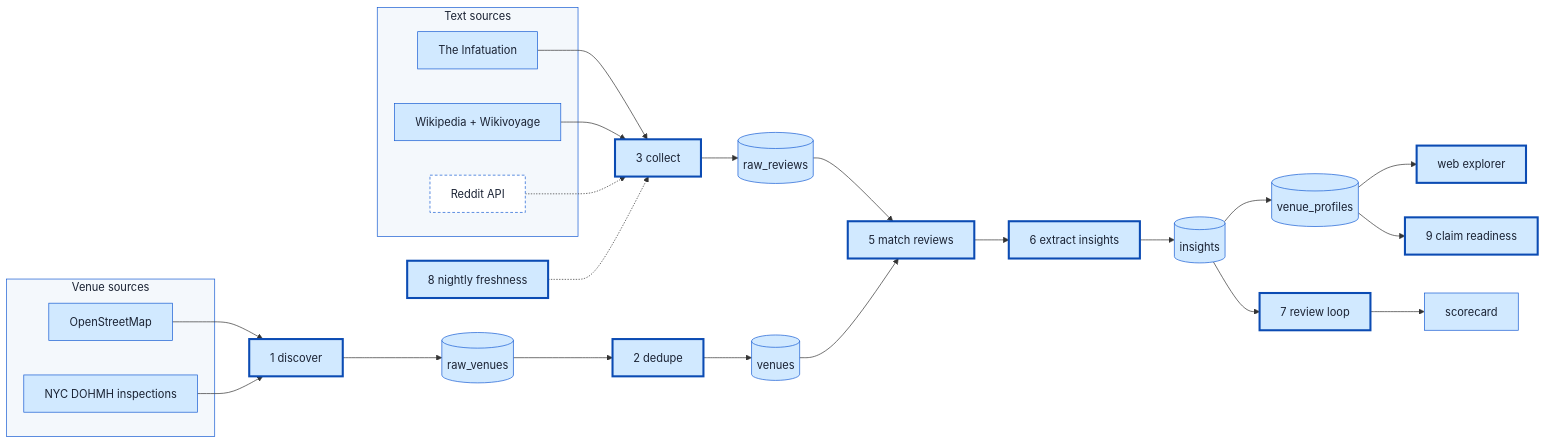
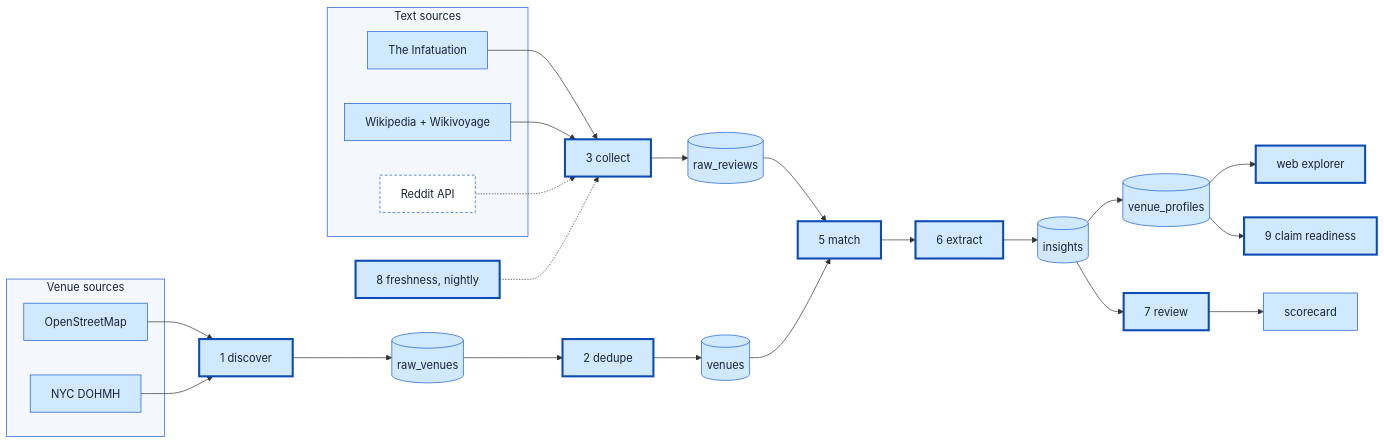
The diagram in PIPELINE.md (selwyntarr/reviews-scraping-pipeline), drawn with Mermaid before and after one commit. The commit also changed other lines of this file and 3 other files, not shown here.

````diff
--- a/PIPELINE.md
+++ b/PIPELINE.md
@@ -12,40 +9,36 @@
 ```mermaid
 flowchart LR
   classDef n fill:#d1e9ff,stroke:#175cd3,color:#1a2233
   classDef done fill:#d1e9ff,stroke:#0b4bb3,stroke-width:3px,color:#1a2233
   classDef todo fill:#ffffff,stroke:#175cd3,stroke-dasharray:4 3,color:#1a2233
-
   subgraph S1[Venue sources]
     OSM[OpenStreetMap]:::n
-    DOH[NYC DOHMH inspections]:::n
+    DOH[NYC DOHMH]:::n
   end
   subgraph S2[Text sources]
     INF[The Infatuation]:::n
     WP[Wikipedia + Wikivoyage]:::n
     RD[Reddit API]:::todo
   end
-
   OSM --> D1[1 discover]:::done
   DOH --> D1
   D1 --> RV[(raw_venues)]:::n
   RV --> D2[2 dedupe]:::done
   D2 --> V[(venues)]:::n
-
   INF --> D3[3 collect]:::done
   WP --> D3
   RD -.-> D3
   D3 --> RR[(raw_reviews)]:::n
-
-  RR --> D4[5 match reviews]:::done
+  RR --> D4[5 match]:::done
   V --> D4
-  D4 --> D6[6 extract insights]:::done
+  D4 --> D6[6 extract]:::done
   D6 --> I[(insights)]:::n
   I --> VP[(venue_profiles)]:::n
   VP --> WEB[web explorer]:::done
-  I --> D7[7 review loop]:::done
+  I --> D7[7 review]:::done
   D7 --> SC[scorecard]:::n
   VP --> D9[9 claim readiness]:::done
-  D8[8 nightly freshness]:::done -.-> D3
+  D8[8 freshness, nightly]:::done -.-> D3
   style S1 fill:#f4f8fc,stroke:#175cd3,color:#1a2233
   style S2 fill:#f4f8fc,stroke:#175cd3,color:#1a2233
 ```
````
